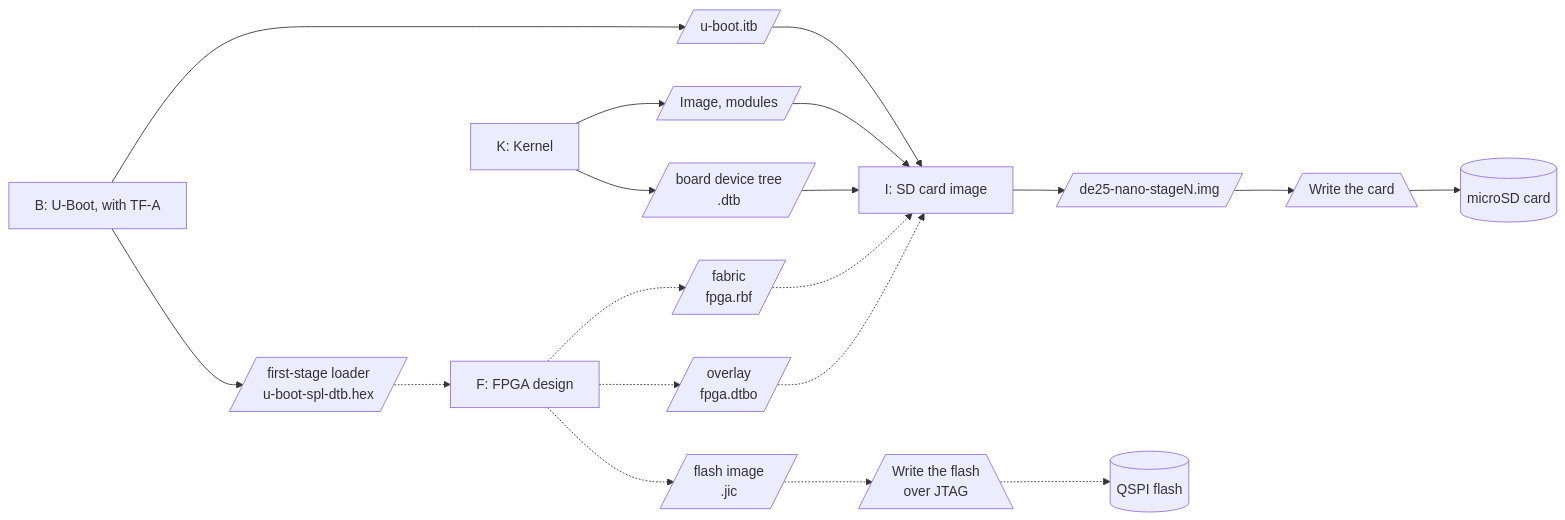
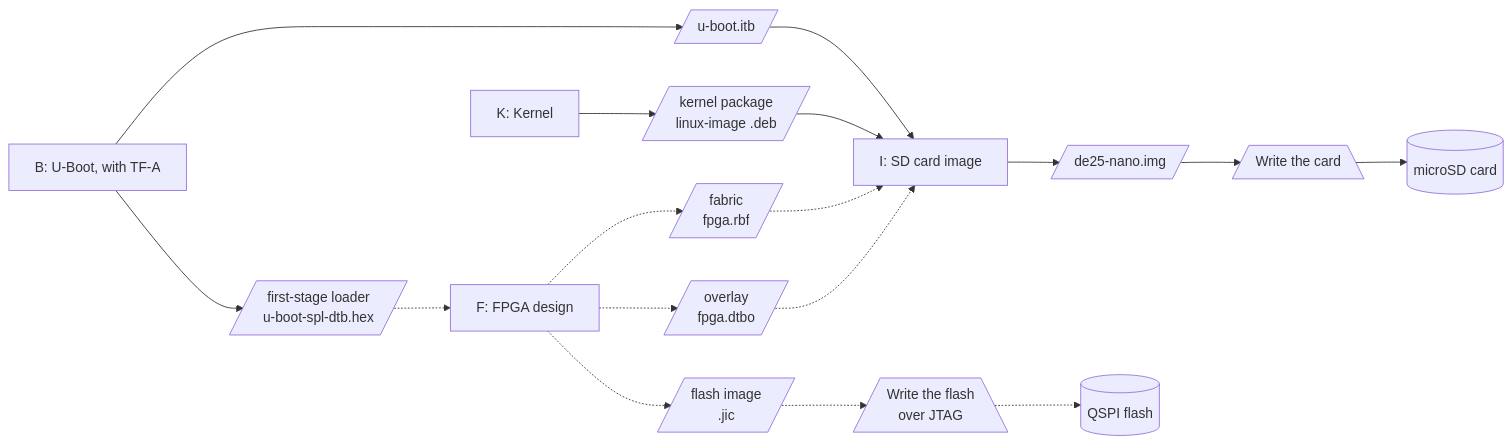
The second of 2 diagrams in README.md (jclark/de25-nano-debian), drawn with Mermaid before and after one commit. The commit also changed other lines of this file and 2 other files, not shown here.

First line of the commit message:
README: Booting and Stage 2 features sections; documents follow the single image

````diff
--- a/README.md
+++ b/README.md
@@ -162,27 +188,25 @@
 ```mermaid
 flowchart LR
   P1["B: U-Boot, with TF-A"]
   P2["K: Kernel"]
   P3["F: FPGA design"]
   P4["I: SD card image"]
   itb[/"u-boot.itb"/]
   spl[/"first-stage loader<br/>u-boot-spl-dtb.hex"/]
-  kern[/"Image, modules"/]
-  dtb[/"board device tree<br/>.dtb"/]
+  pkg[/"kernel package<br/>linux-image .deb"/]
   rbf[/"fabric<br/>fpga.rbf"/]
   dtbo[/"overlay<br/>fpga.dtbo"/]
   jic[/"flash image<br/>.jic"/]
-  img[/"de25-nano-stageN.img"/]
+  img[/"de25-nano.img"/]
   wc[/"Write the card"\]
   wf[/"Write the flash<br/>over JTAG"\]
   sd[("microSD card")]
   qspi[("QSPI flash")]
   P1 --> itb --> P4
   P1 --> spl -.-> P3
-  P2 --> kern --> P4
-  P2 --> dtb --> P4
+  P2 --> pkg --> P4
   P3 -.-> rbf -.-> P4
   P3 -.-> dtbo -.-> P4
   P3 -.-> jic -.-> wf -.-> qspi
   P4 --> img --> wc --> sd
 ```
````
